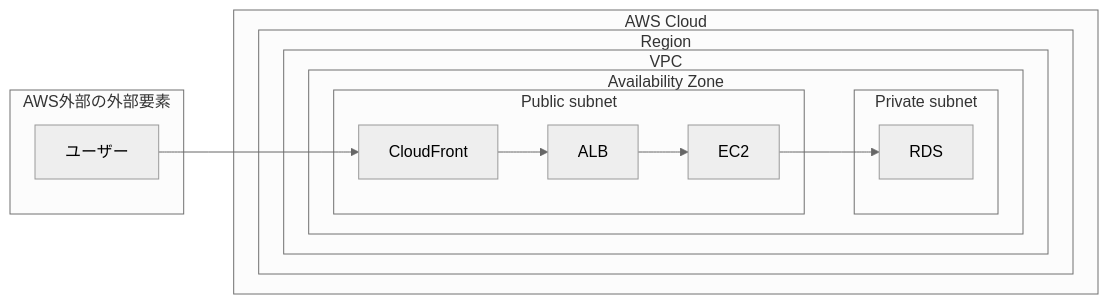
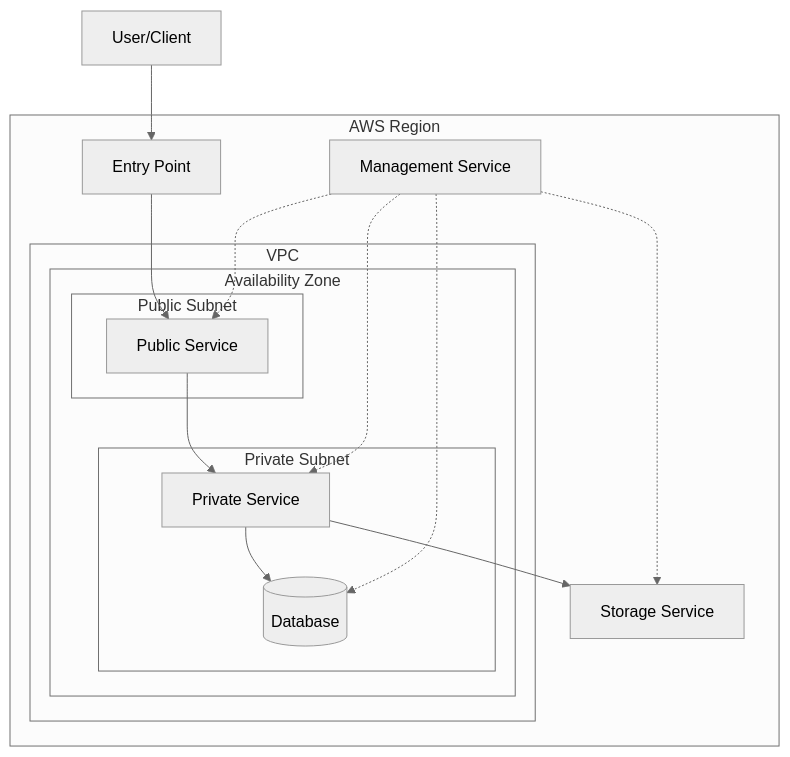
One commit to Sunwood-ai-labs/MysticLibrary changed the diagram in prompts/aws-certification/AWS_CERTIFICATION_EXAM_GUIDE_TEMPLATE.md. Above: the diagram before and after it, drawn with Mermaid (neutral theme).

````diff
--- a/prompts/aws-certification/AWS_CERTIFICATION_EXAM_GUIDE_TEMPLATE.md
+++ b/prompts/aws-certification/AWS_CERTIFICATION_EXAM_GUIDE_TEMPLATE.md
@@ -123,21 +123,33 @@
 ```mermaid
-graph LR
-    subgraph AWS Cloud
-        subgraph Region
-            subgraph VPC
-                subgraph Availability Zone
-                    subgraph Public subnet
-                        CloudFront --> ALB[ALB]
-                        ALB --> EC2[EC2]
-                    end
-                    subgraph Private subnet
-                        EC2 --> RDS[RDS]
-                    end
+graph TB
+    User[User/Client] --> Entrypoint
+
+    subgraph Region["AWS Region"]
+        Entrypoint[Entry Point]
+        
+        subgraph VPC["VPC"]
+            subgraph AZ["Availability Zone"]
+                subgraph Public["Public Subnet"]
+                    PublicService[Public Service]
+                end
+                
+                subgraph Private["Private Subnet"]
+                    PrivateService[Private Service]
+                    Database[(Database)]
                 end
             end
         end
+        
+        StorageService[Storage Service]
+        ManagementService[Management Service]
     end
-    subgraph AWS外部の外部要素
-        User[ユーザー] --> CloudFront
-    end
+
+    Entrypoint --> PublicService
+    PublicService --> PrivateService
+    PrivateService --> Database
+    PrivateService --> StorageService
+    ManagementService -.-> PublicService
+    ManagementService -.-> PrivateService
+    ManagementService -.-> Database
+    ManagementService -.-> StorageService
 ```
````
